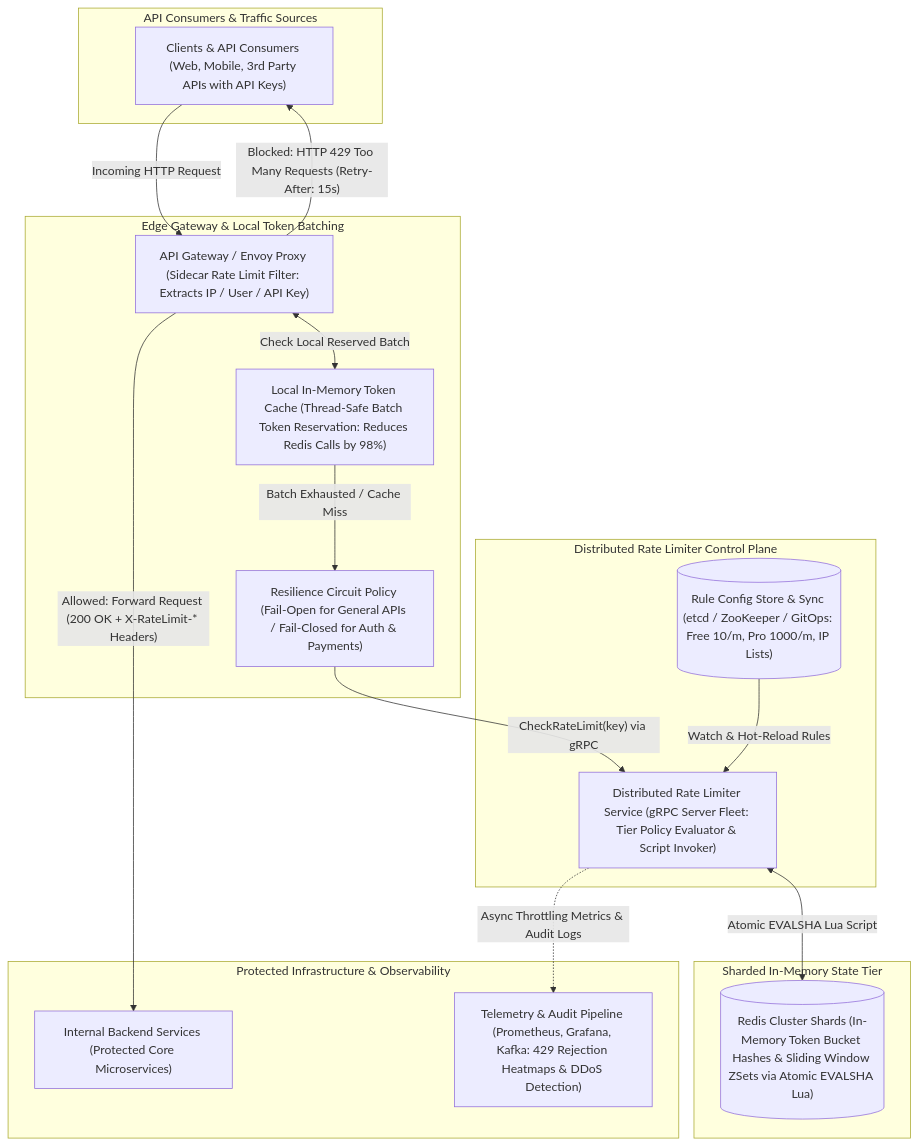
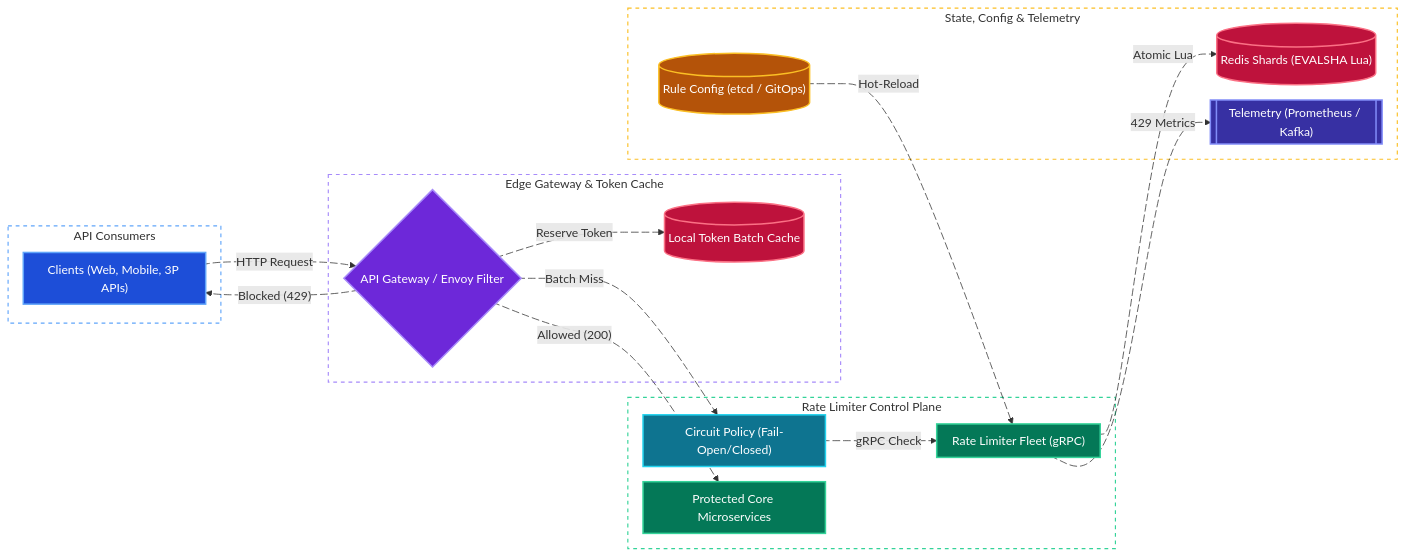
One commit to tarunbatta/tech-interview-prep changed the third of 3 diagrams in system-design/rate-limiter.md. Above: the diagram before and after it, drawn with Mermaid. The commit also changed other lines of this file and 30 other files, not shown here.

First line of the commit message:
docs(system-design): convert Mermaid flowcharts to LR with colors and animated edges

````diff
--- a/system-design/rate-limiter.md
+++ b/system-design/rate-limiter.md
@@ -190,31 +227,61 @@
 ```mermaid
-flowchart TD
-    subgraph ClientTier["API Consumers & Traffic Sources"]
-        Clients["Clients & API Consumers (Web, Mobile, 3rd Party APIs with API Keys)"]
+%%{init: {'flowchart': {'nodeSpacing': 20, 'rankSpacing': 40, 'padding': 10}}}%%
+flowchart LR
+    subgraph ClientTier["API Consumers"]
+        Clients["Clients (Web, Mobile, 3P APIs)"]
     end
-    subgraph EdgeProxy["Edge Gateway & Local Token Batching"]
-        Gateway["API Gateway / Envoy Proxy (Sidecar Rate Limit Filter: Extracts IP / User / API Key)"]
-        LocalBatch["Local In-Memory Token Cache (Thread-Safe Batch Token Reservation: Reduces Redis Calls by 98%)"]
-        FailGuard["Resilience Circuit Policy (Fail-Open for General APIs / Fail-Closed for Auth & Payments)"]
+    subgraph EdgeProxy["Edge Gateway & Token Cache"]
+        Gateway{"API Gateway / Envoy Filter"}
+        LocalBatch[("Local Token Batch Cache")]
     end
-    subgraph RateLimitControl["Distributed Rate Limiter Control Plane"]
-        RateSvc["Distributed Rate Limiter Service (gRPC Server Fleet: Tier Policy Evaluator & Script Invoker)"]
-        RuleStore[("Rule Config Store & Sync (etcd / ZooKeeper / GitOps: Free 10/m, Pro 1000/m, IP Lists)")]
+    subgraph RateLimitControl["Rate Limiter Control Plane"]
+        FailGuard["Circuit Policy (Fail-Open/Closed)"]
+        RateSvc["Rate Limiter Fleet (gRPC)"]
+        Backends["Protected Core Microservices"]
     end
-    subgraph StateStore["Sharded In-Memory State Tier"]
-        RedisMaster[("Redis Cluster Shards (In-Memory Token Bucket Hashes & Sliding Window ZSets via Atomic EVALSHA Lua)")]
+    subgraph StateAndObs["State, Config & Telemetry"]
+        RuleStore[("Rule Config (etcd / GitOps)")]
+        RedisMaster[("Redis Shards (EVALSHA Lua)")]
+        Telemetry[["Telemetry (Prometheus / Kafka)"]]
     end
-    subgraph Downstream["Protected Infrastructure & Observability"]
-        Backends["Internal Backend Services (Protected Core Microservices)"]
-        Telemetry["Telemetry & Audit Pipeline (Prometheus, Grafana, Kafka: 429 Rejection Heatmaps & DDoS Detection)"]
-    end
-    Clients -->|"Incoming HTTP Request"| Gateway
-    Gateway <-->|"Check Local Reserved Batch"| LocalBatch
-    LocalBatch -->|"Batch Exhausted / Cache Miss"| FailGuard
-    FailGuard -->|"CheckRateLimit(key) via gRPC"| RateSvc
-    RuleStore -->|"Watch & Hot-Reload Rules"| RateSvc
-    RateSvc <-->|"Atomic EVALSHA Lua Script"| RedisMaster
-    Gateway -->|"Allowed: Forward Request (200 OK + X-RateLimit-* Headers)"| Backends
-    Gateway -->|"Blocked: HTTP 429 Too Many Requests (Retry-After: 15s)"| Clients
-    RateSvc -.->|"Async Throttling Metrics & Audit Logs"| Telemetry
+    Clients e1@-->|"HTTP Request"| Gateway
+    Gateway e2@-->|"Reserve Token"| LocalBatch
+    Gateway e3@-->|"Batch Miss"| FailGuard
+    FailGuard e4@-->|"gRPC Check"| RateSvc
+    RuleStore e5@-->|"Hot-Reload"| RateSvc
+    RateSvc e6@-->|"Atomic Lua"| RedisMaster
+    Gateway e7@-->|"Allowed (200)"| Backends
+    Gateway e8@-->|"Blocked (429)"| Clients
+    RateSvc e9@-.->|"429 Metrics"| Telemetry
+
+    e1@{ animate: true }
+    e2@{ animate: true }
+    e3@{ animate: true }
+    e4@{ animate: true }
+    e5@{ animate: true }
+    e6@{ animate: true }
+    e7@{ animate: true }
+    e8@{ animate: true }
+    e9@{ animate: true }
+
+    classDef client fill:#1d4ed8,stroke:#60a5fa,stroke-width:2px,color:#ffffff
+    classDef edge fill:#6d28d9,stroke:#a78bfa,stroke-width:2px,color:#ffffff
+    classDef service fill:#047857,stroke:#34d399,stroke-width:2px,color:#ffffff
+    classDef worker fill:#0e7490,stroke:#22d3ee,stroke-width:2px,color:#ffffff
+    classDef cache fill:#be123c,stroke:#fb7185,stroke-width:2px,color:#ffffff
+    classDef storage fill:#b45309,stroke:#fbbf24,stroke-width:2px,color:#ffffff
+    classDef queue fill:#3730a3,stroke:#818cf8,stroke-width:2px,color:#ffffff
+
+    class Clients client
+    class Gateway edge
+    class FailGuard worker
+    class RateSvc,Backends service
+    class LocalBatch,RedisMaster cache
+    class RuleStore storage
+    class Telemetry queue
+
+    style ClientTier fill:transparent,stroke:#60a5fa,stroke-width:1.5px,stroke-dasharray: 5 5
+    style EdgeProxy fill:transparent,stroke:#a78bfa,stroke-width:1.5px,stroke-dasharray: 5 5
+    style RateLimitControl fill:transparent,stroke:#34d399,stroke-width:1.5px,stroke-dasharray: 5 5
+    style StateAndObs fill:transparent,stroke:#fbbf24,stroke-width:1.5px,stroke-dasharray: 5 5
 ```
````
